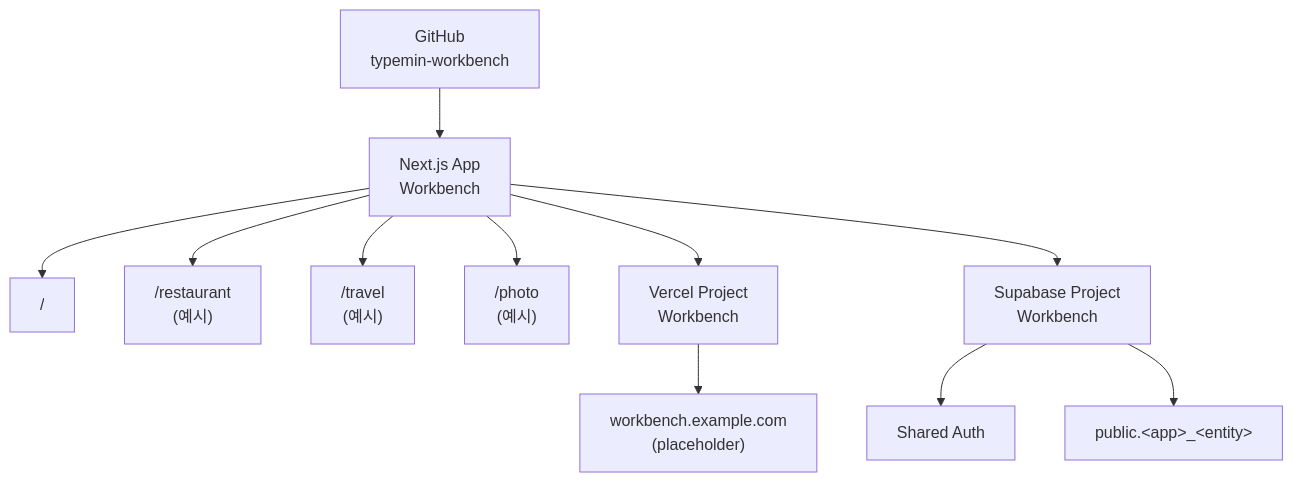
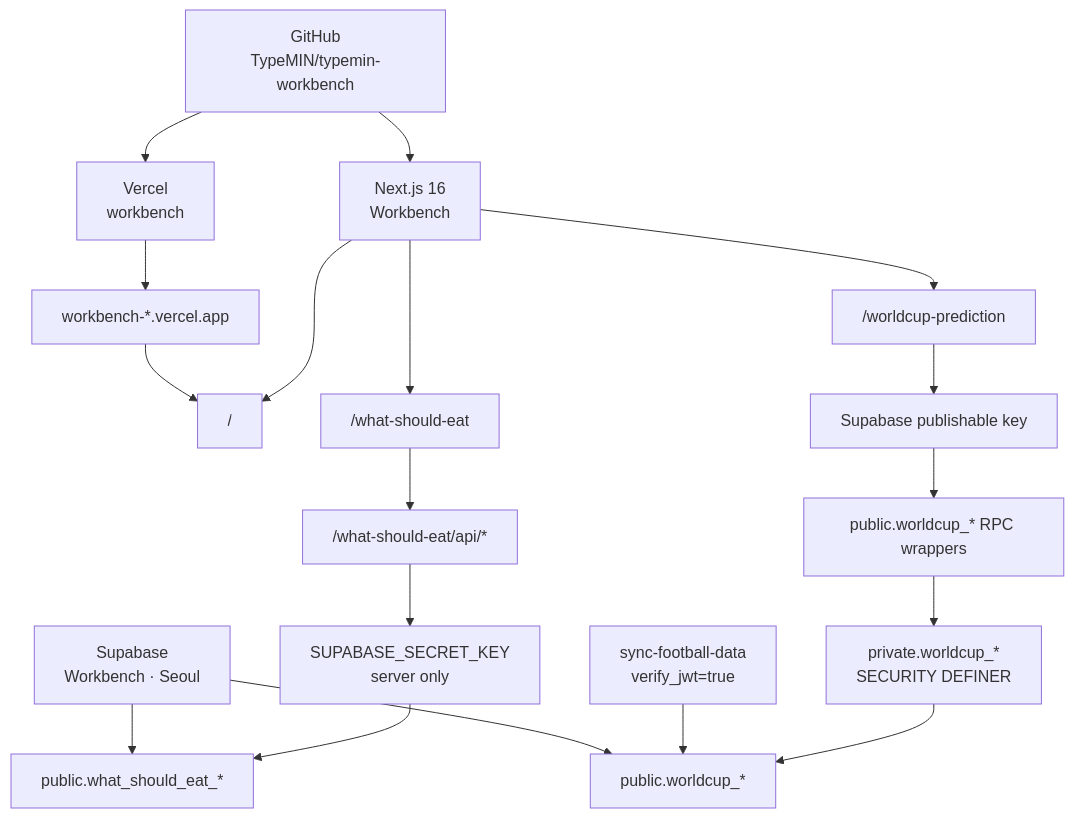
The diagram in docs/architecture.md (TypeMIN/typemin-workbench), drawn with Mermaid before and after one commit. The commit also changed other lines of this file and 2 other files, not shown here.

Commit message:
docs: record Workbench migration operations

````diff
--- a/docs/architecture.md
+++ b/docs/architecture.md
@@ -23,13 +17,20 @@
 ```mermaid
 flowchart TD
-    Repo["GitHub<br/>typemin-workbench"] --> App["Next.js App<br/>Workbench"]
-    App --> Home["/"]
-    App --> Restaurant["/restaurant<br/>(예시)"]
-    App --> Travel["/travel<br/>(예시)"]
-    App --> Photo["/photo<br/>(예시)"]
-    App --> Vercel["Vercel Project<br/>Workbench"]
-    Vercel --> Domain["workbench.example.com<br/>(placeholder)"]
-    App --> Supabase["Supabase Project<br/>Workbench"]
-    Supabase --> Auth["Shared Auth"]
-    Supabase --> Tables["public.&lt;app&gt;_&lt;entity&gt;"]
+    GitHub["GitHub<br/>TypeMIN/typemin-workbench"] --> Next["Next.js 16<br/>Workbench"]
+    Next --> Home["/"]
+    Next --> Meal["/what-should-eat"]
+    Next --> WorldCup["/worldcup-prediction"]
+    GitHub --> Vercel["Vercel<br/>workbench"]
+    Vercel --> Host["workbench-*.vercel.app"]
+    Host --> Home
+    Meal --> MealAPI["/what-should-eat/api/*"]
+    MealAPI --> ServerSecret["SUPABASE_SECRET_KEY<br/>server only"]
+    ServerSecret --> MealTables["public.what_should_eat_*"]
+    WorldCup --> PublicKey["Supabase publishable key"]
+    PublicKey --> RPC["public.worldcup_* RPC wrappers"]
+    RPC --> PrivateRPC["private.worldcup_*<br/>SECURITY DEFINER"]
+    PrivateRPC --> WorldCupTables["public.worldcup_*"]
+    Edge["sync-football-data<br/>verify_jwt=true"] --> WorldCupTables
+    Supabase["Supabase<br/>Workbench · Seoul"] --> MealTables
+    Supabase --> WorldCupTables
 ```
````
